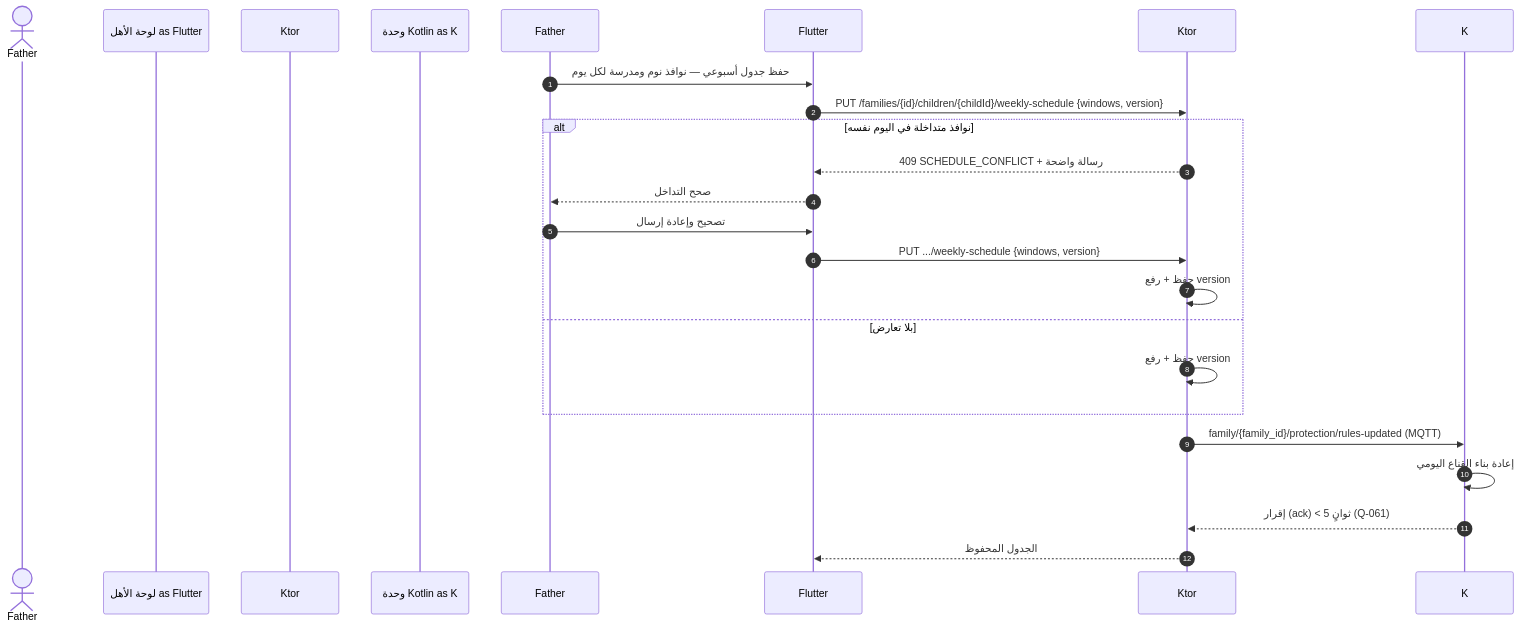
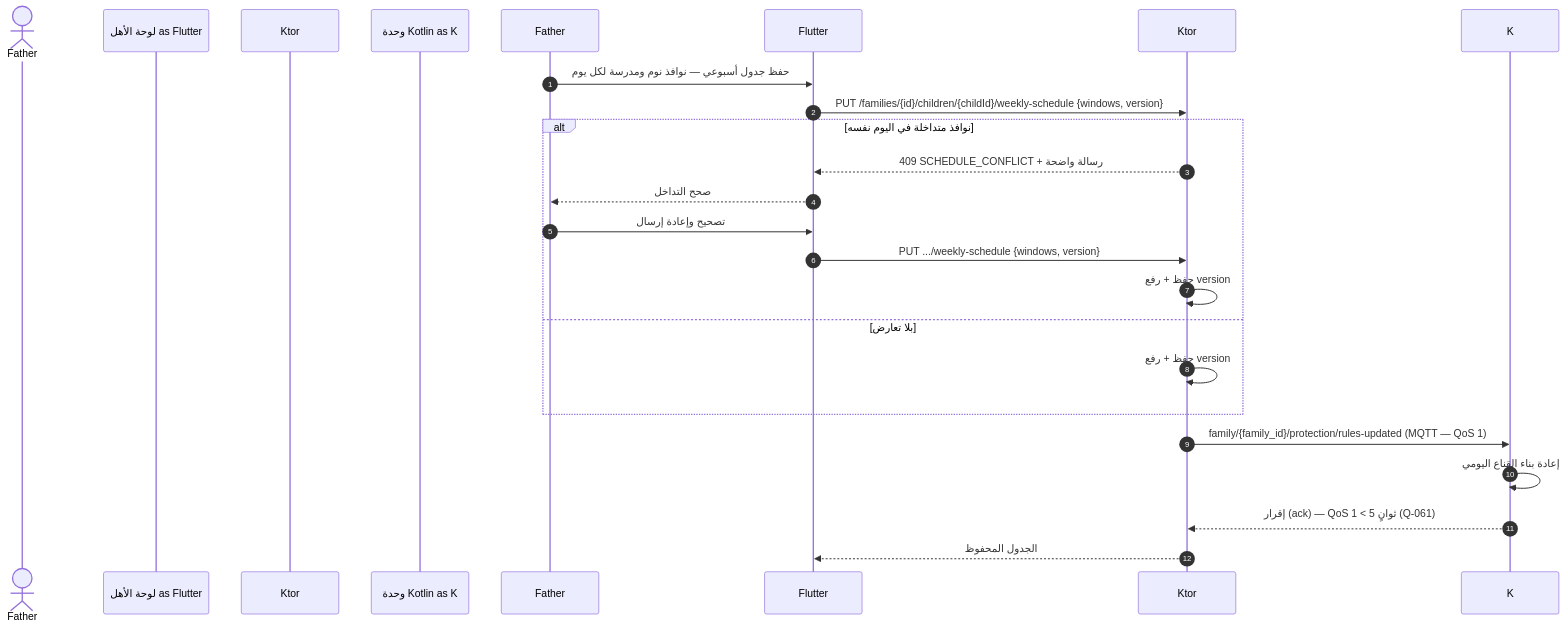
One commit to Bassam-mohammed-alqaeadi/family-os-v2 changed the fourth of 13 diagrams in docs/family-os/governance/phases/phase-1/S1-10-protection-and-enforcement/DIAGRAMS.md. Above: the diagram before and after it, drawn with Mermaid. The commit also changed other lines of this file and 19 other files, not shown here.

````diff
--- a/docs/family-os/governance/phases/phase-1/S1-10-protection-and-enforcement/DIAGRAMS.md
+++ b/docs/family-os/governance/phases/phase-1/S1-10-protection-and-enforcement/DIAGRAMS.md
@@ -225,23 +228,23 @@
 ```mermaid
 sequenceDiagram
     autonumber
     actor الأب as Father
     participant لوحة الأهل as Flutter
     participant الخادم as Ktor
     participant وحدة Kotlin as K
     Father->>Flutter: حفظ جدول أسبوعي — نوافذ نوم ومدرسة لكل يوم
     Flutter->>Ktor: PUT /families/{id}/children/{childId}/weekly-schedule {windows, version}
     alt نوافذ متداخلة في اليوم نفسه
         Ktor-->>Flutter: 409 SCHEDULE_CONFLICT + رسالة واضحة
         Flutter-->>Father: صحح التداخل
         Father->>Flutter: تصحيح وإعادة إرسال
         Flutter->>Ktor: PUT .../weekly-schedule {windows, version}
         Ktor->>Ktor: حفظ + رفع version
     else بلا تعارض
         Ktor->>Ktor: حفظ + رفع version
     end
-    Ktor->>K: family/{family_id}/protection/rules-updated (MQTT)
+    Ktor->>K: family/{family_id}/protection/rules-updated (MQTT — QoS 1)
     K->>K: إعادة بناء القناع اليومي
-    K-->>Ktor: إقرار (ack) < 5 ثوانٍ (Q-061)
+    K-->>Ktor: إقرار (ack) — QoS 1 < 5 ثوانٍ (Q-061)
     Ktor-->>Flutter: الجدول المحفوظ
 ```
````
